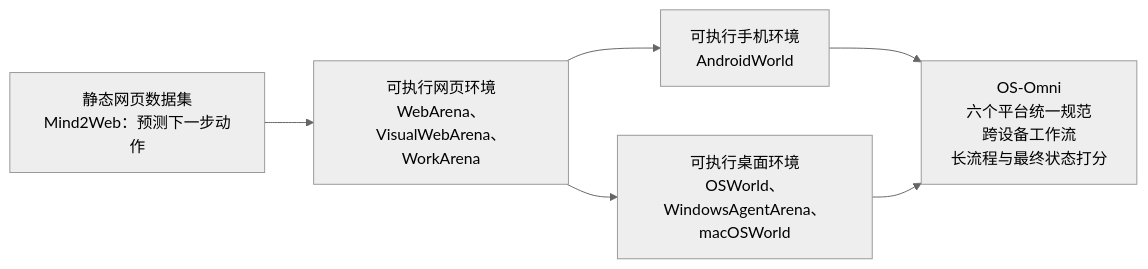
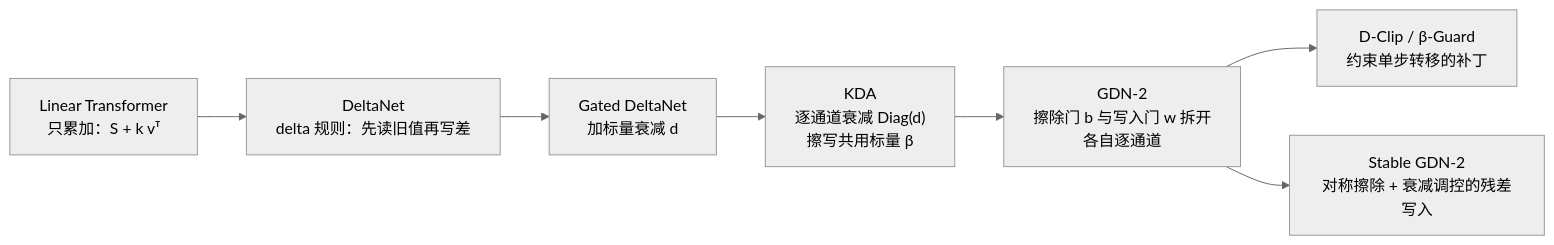
The first of 5 diagrams in docs/index.md (yingwang/paper-reads), drawn with Mermaid (neutral theme) before and after one commit. The commit also changed other lines of this file and 2 other files, not shown here.

First line of the commit message:
Add 2026-11-28-stable-gated-deltanet-2-recurrent-state-instability

````diff
--- a/docs/index.md
+++ b/docs/index.md
@@ -60,8 +100,9 @@
 ```mermaid
 flowchart LR
-    A["静态网页数据集<br/>Mind2Web：预测下一步动作"] --> B["可执行网页环境<br/>WebArena、VisualWebArena、WorkArena"]
-    B --> C["可执行手机环境<br/>AndroidWorld"]
-    B --> D["可执行桌面环境<br/>OSWorld、WindowsAgentArena、macOSWorld"]
-    C --> E["OS-Omni<br/>六个平台统一规范<br/>跨设备工作流<br/>长流程与最终状态打分"]
-    D --> E
+    A["Linear Transformer<br/>只累加：S + k vᵀ"] --> B["DeltaNet<br/>delta 规则：先读旧值再写差"]
+    B --> C["Gated DeltaNet<br/>加标量衰减 d"]
+    C --> D["KDA<br/>逐通道衰减 Diag(d)<br/>擦写共用标量 β"]
+    D --> E["GDN-2<br/>擦除门 b 与写入门 w 拆开<br/>各自逐通道"]
+    E --> F["D-Clip / β-Guard<br/>约束单步转移的补丁"]
+    E --> G["Stable GDN-2<br/>对称擦除 + 衰减调控的残差写入"]
 ```
````
